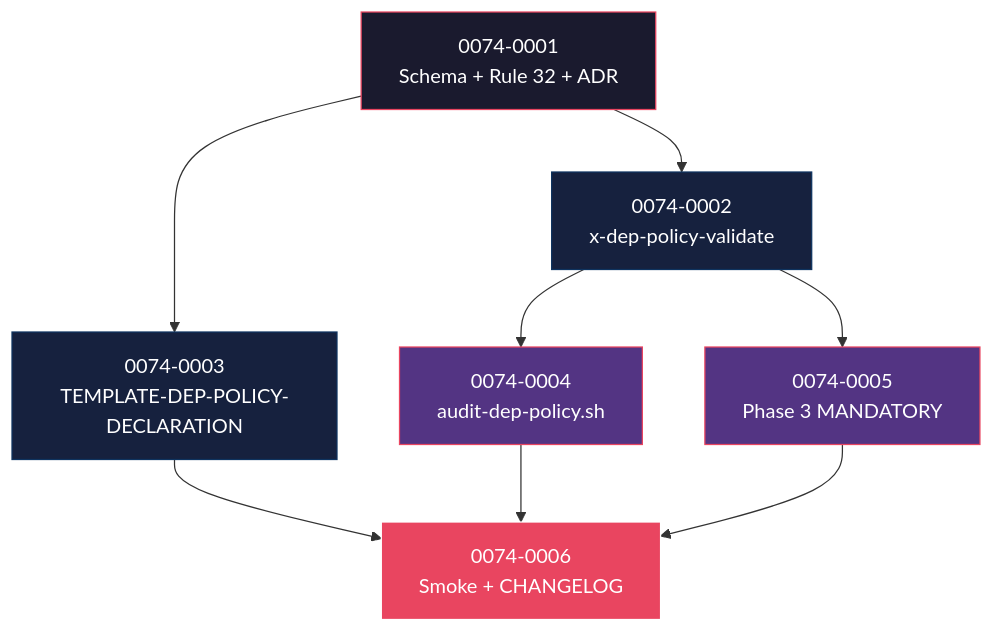
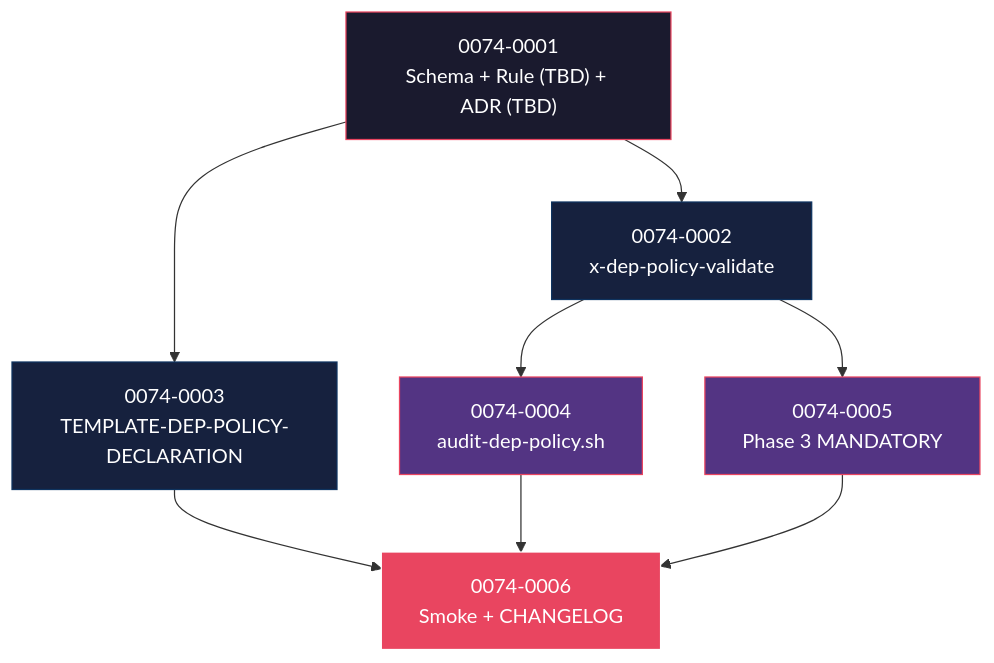
One commit to review-bench/edercnj_ia-dev-environment changed the diagram in ai/epics/epic-0074-dependency-policy-and-sca-gate/IMPLEMENTATION-MAP.md. Above: the diagram before and after it, drawn with Mermaid. The commit also changed other lines of this file and 7 other files, not shown here.

````diff
--- a/ai/epics/epic-0074-dependency-policy-and-sca-gate/IMPLEMENTATION-MAP.md
+++ b/ai/epics/epic-0074-dependency-policy-and-sca-gate/IMPLEMENTATION-MAP.md
@@ -53,27 +56,27 @@
 ```mermaid
 graph TD
-    S0001["0074-0001<br/>Schema + Rule 32 + ADR"]
+    S0001["0074-0001<br/>Schema + Rule (TBD) + ADR (TBD)"]
     S0002["0074-0002<br/>x-dep-policy-validate"]
     S0003["0074-0003<br/>TEMPLATE-DEP-POLICY-DECLARATION"]
     S0004["0074-0004<br/>audit-dep-policy.sh"]
     S0005["0074-0005<br/>Phase 3 MANDATORY"]
     S0006["0074-0006<br/>Smoke + CHANGELOG"]
 
     S0001 --> S0002
     S0001 --> S0003
     S0002 --> S0004
     S0002 --> S0005
     S0003 --> S0006
     S0004 --> S0006
     S0005 --> S0006
 
     classDef fase0 fill:#1a1a2e,stroke:#e94560,color:#fff
     classDef fase1 fill:#16213e,stroke:#0f3460,color:#fff
     classDef fase2 fill:#533483,stroke:#e94560,color:#fff
     classDef fase3 fill:#e94560,stroke:#fff,color:#fff
 
     class S0001 fase0
     class S0002,S0003 fase1
     class S0004,S0005 fase2
     class S0006 fase3
 ```
````
